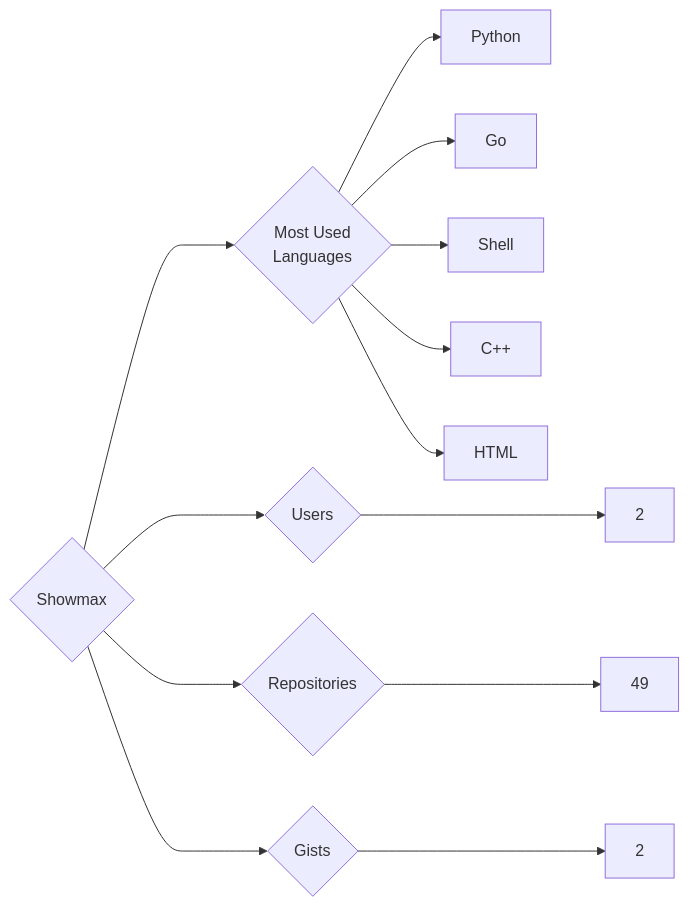
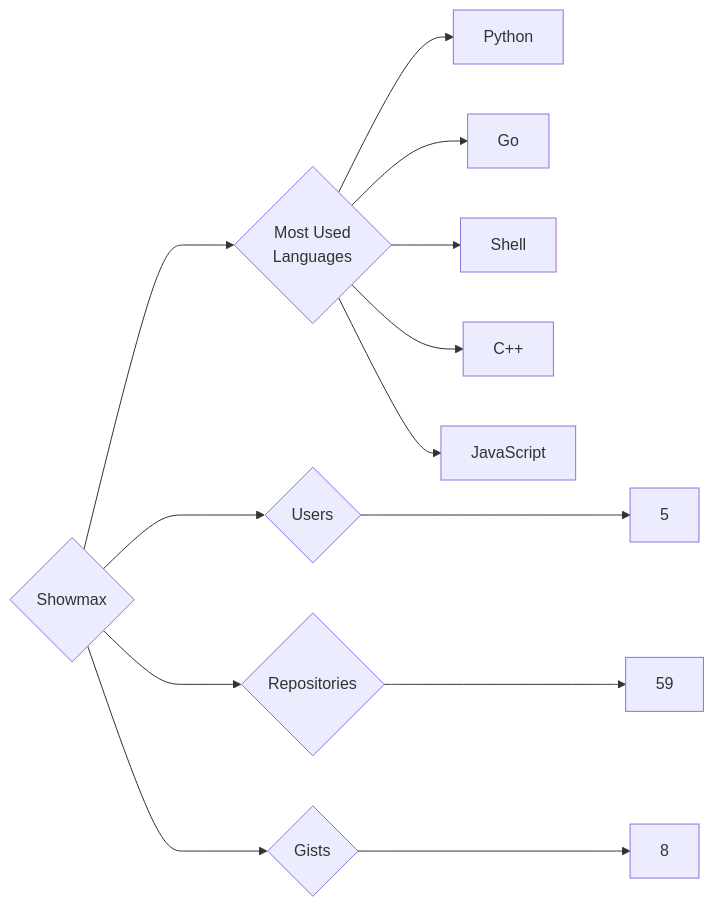
Before and after one commit to trickest/insiders: the diagram in targets/Showmax/README.md, drawn with Mermaid. The commit also changed 1011 other files, not shown here.

````diff
--- a/targets/Showmax/README.md
+++ b/targets/Showmax/README.md
@@ -3,13 +3,13 @@
 ```mermaid
 graph LR
 COMPANY_NAME{Showmax}
-COMPANY_NAME ---> U{Users} ---> UN[2]
-COMPANY_NAME ---> R{Repositories} ---> RN[49]
-COMPANY_NAME ---> G{Gists} ---> GN[2]
+COMPANY_NAME ---> U{Users} ---> UN[5]
+COMPANY_NAME ---> R{Repositories} ---> RN[59]
+COMPANY_NAME ---> G{Gists} ---> GN[8]
 COMPANY_NAME ---> ML{Most Used<br>Languages}
 ML --> Python[Python]
 ML --> Go[Go]
 ML --> Shell[Shell]
 ML --> C++[C++]
-ML --> HTML[HTML]
+ML --> JavaScript[JavaScript]
 ```
````
